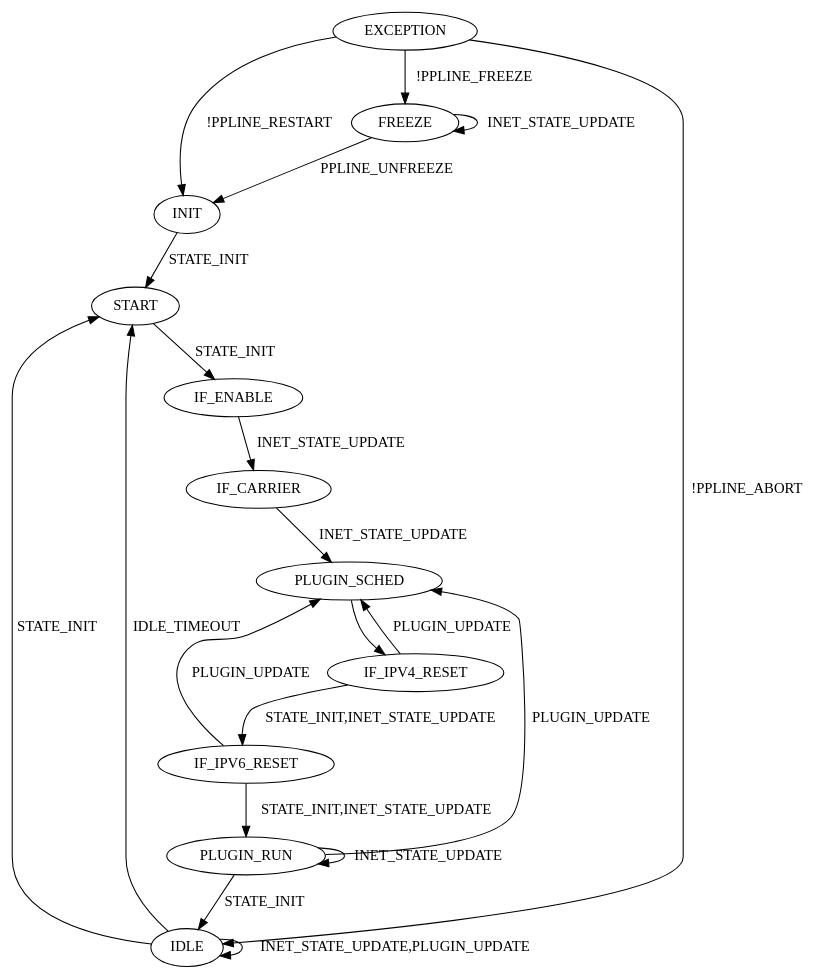
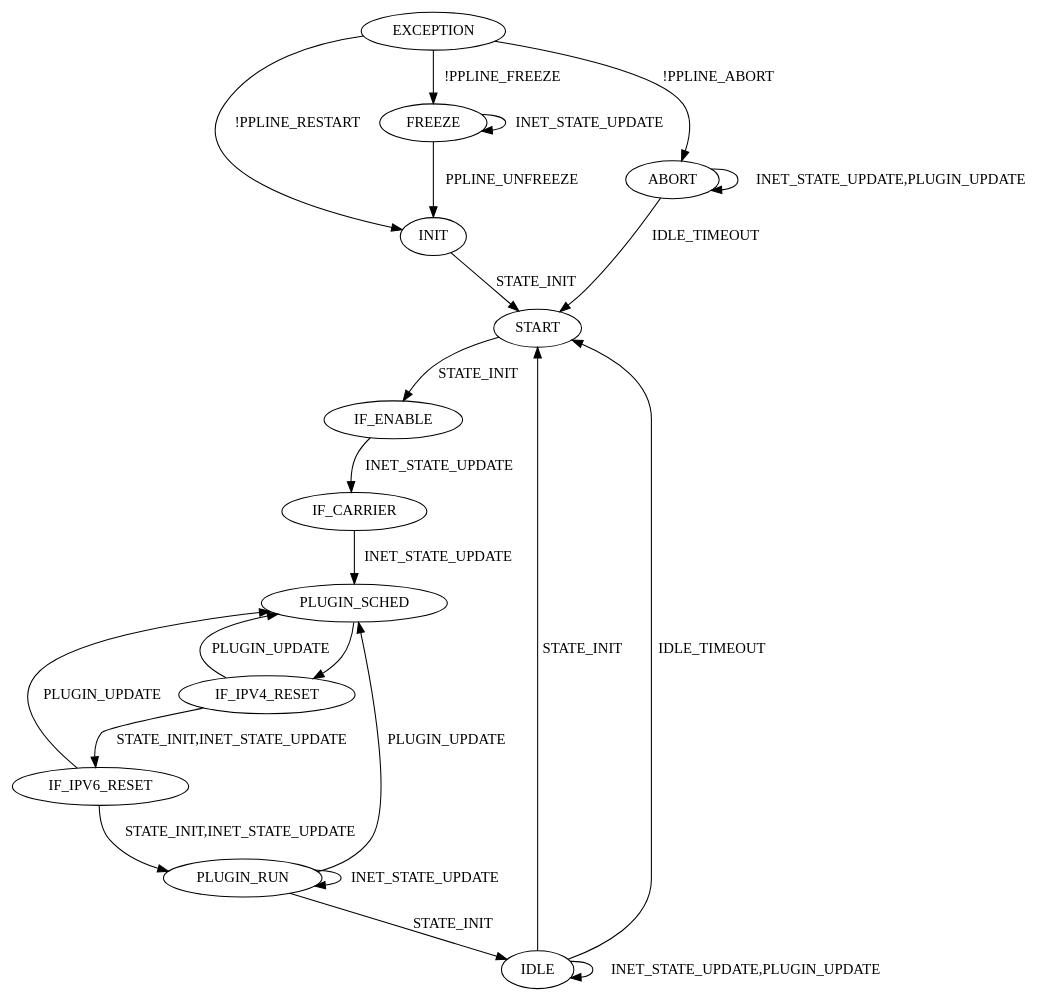
One commit to plume-design/opensync changed the diagram in src/wano/src/wano_ppline.dot. Above: the diagram before and after it, drawn with Graphviz. The commit also changed 41 other files, not shown here.

```diff
--- a/src/wano/src/wano_ppline.dot
+++ b/src/wano/src/wano_ppline.dot
@@ -1,26 +1,29 @@
 digraph {
     INIT[init="true"];
 
     INIT -> START[label="STATE_INIT"];
     START -> IF_ENABLE[label="STATE_INIT"];
     IF_ENABLE -> IF_CARRIER[label="INET_STATE_UPDATE"];
     IF_CARRIER -> PLUGIN_SCHED [label="INET_STATE_UPDATE"];
     PLUGIN_SCHED -> IF_IPV4_RESET;
     IF_IPV4_RESET -> PLUGIN_SCHED [label="PLUGIN_UPDATE"];
     IF_IPV4_RESET -> IF_IPV6_RESET [label="STATE_INIT,INET_STATE_UPDATE"];
     IF_IPV6_RESET -> PLUGIN_SCHED [label="PLUGIN_UPDATE"];
     IF_IPV6_RESET -> PLUGIN_RUN [label="STATE_INIT,INET_STATE_UPDATE"];
     PLUGIN_RUN -> PLUGIN_SCHED [label="PLUGIN_UPDATE"];
     PLUGIN_RUN -> PLUGIN_RUN [label="INET_STATE_UPDATE"];
     PLUGIN_RUN -> IDLE [label="STATE_INIT"];
     IDLE -> IDLE[label="INET_STATE_UPDATE,PLUGIN_UPDATE"];
     IDLE -> START[label="STATE_INIT"];
     IDLE -> START[label="IDLE_TIMEOUT"];
 
+    ABORT -> ABORT[label="INET_STATE_UPDATE,PLUGIN_UPDATE"];
+    ABORT -> START[label="IDLE_TIMEOUT"];
+
     FREEZE -> FREEZE[label="INET_STATE_UPDATE"];
     FREEZE -> INIT[label="PPLINE_UNFREEZE"];
 
     EXCEPTION-> INIT [label="!PPLINE_RESTART"];
-    EXCEPTION -> IDLE [label="!PPLINE_ABORT"];
+    EXCEPTION -> ABORT [label="!PPLINE_ABORT"];
     EXCEPTION -> FREEZE [label="!PPLINE_FREEZE"];
 }
```
